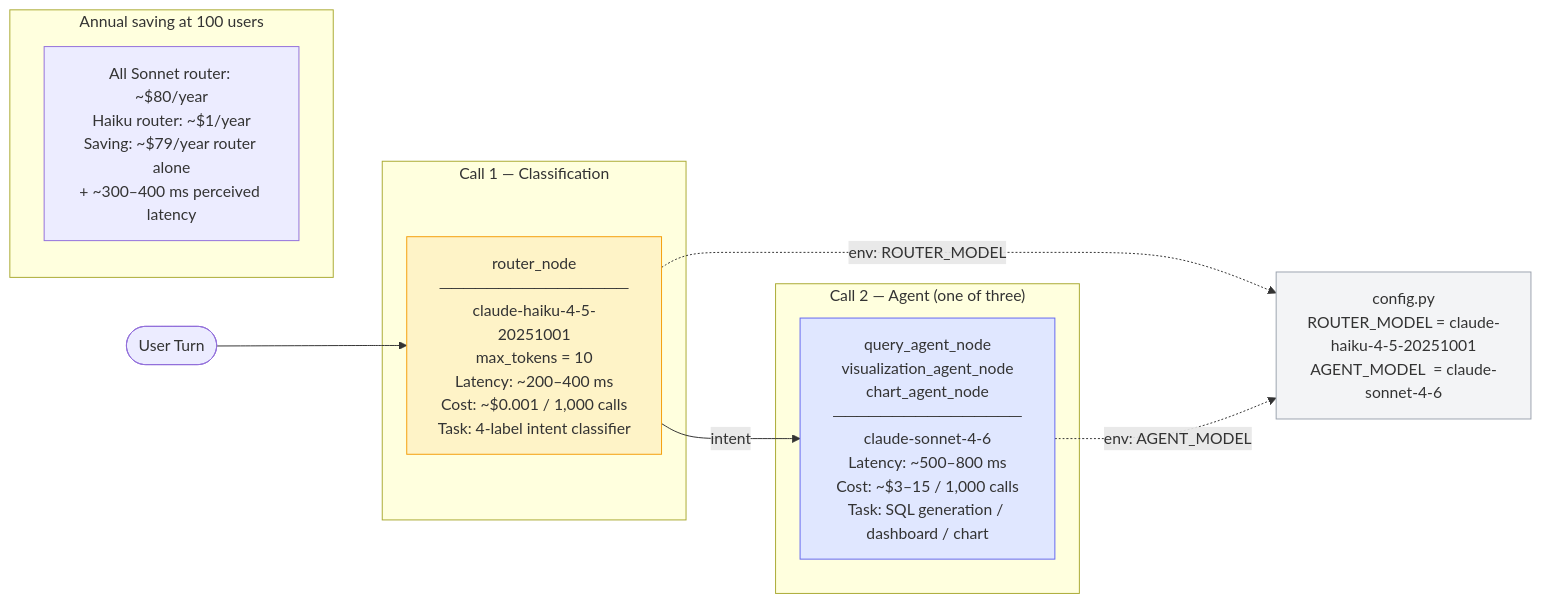
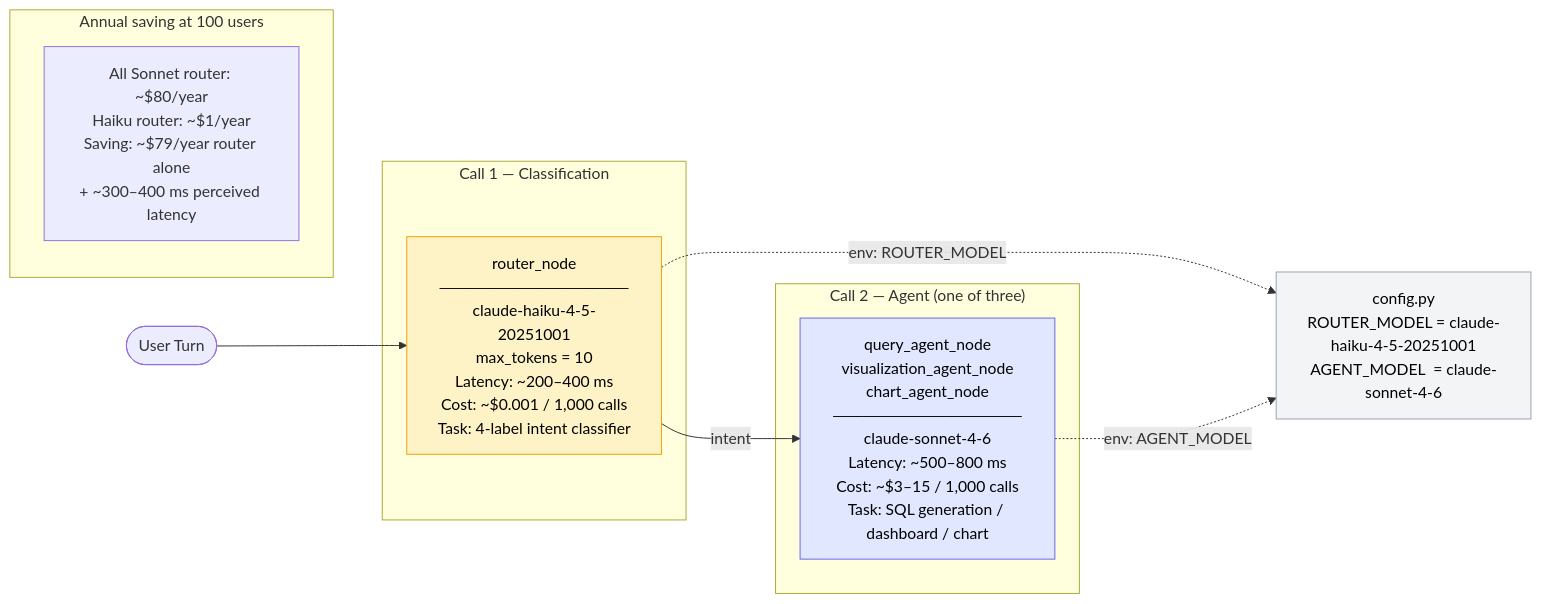
Before and after one commit to suryapatnaik1/llm-bi-chat-langgraph: diagram 12 of 15 in docs/diagrams/diagrams.md, drawn with Mermaid. The commit also changed other lines of this file, not shown here.

Commit message:
color changed for diagrams

````diff
--- a/docs/diagrams/diagrams.md
+++ b/docs/diagrams/diagrams.md
@@ -518,25 +521,25 @@
 ```mermaid
 flowchart LR
     UT([User Turn]) --> RN
 
     subgraph RouterCall["Call 1 — Classification"]
         RN["router_node<br/>────────────────<br/>claude-haiku-4-5-20251001<br/>max_tokens = 10<br/>Latency: ~200–400 ms<br/>Cost: ~$0.001 / 1,000 calls<br/>Task: 4-label intent classifier"]
     end
 
     RN -->|intent| AN
 
     subgraph AgentCall["Call 2 — Agent (one of three)"]
         AN["query_agent_node<br/>visualization_agent_node<br/>chart_agent_node<br/>────────────────<br/>claude-sonnet-4-6<br/>Latency: ~500–800 ms<br/>Cost: ~$3–15 / 1,000 calls<br/>Task: SQL generation / dashboard / chart"]
     end
 
     subgraph Saving["Annual saving at 100 users"]
         S1["All Sonnet router: ~$80/year<br/>Haiku router: ~$1/year<br/>Saving: ~$79/year router alone<br/>+ ~300–400 ms perceived latency"]
     end
 
     RN -.->|"env: ROUTER_MODEL"| RM["config.py<br/>ROUTER_MODEL = claude-haiku-4-5-20251001<br/>AGENT_MODEL  = claude-sonnet-4-6"]
     AN -.->|"env: AGENT_MODEL"| RM
 
-    style RN fill:#fef3c7,stroke:#f59e0b
-    style AN fill:#e0e7ff,stroke:#6366f1
-    style RM fill:#f3f4f6,stroke:#9ca3af
+    style RN fill:#fef3c7,stroke:#f59e0b,color:#000000
+    style AN fill:#e0e7ff,stroke:#6366f1,color:#000000
+    style RM fill:#f3f4f6,stroke:#9ca3af,color:#000000
 ```
````
